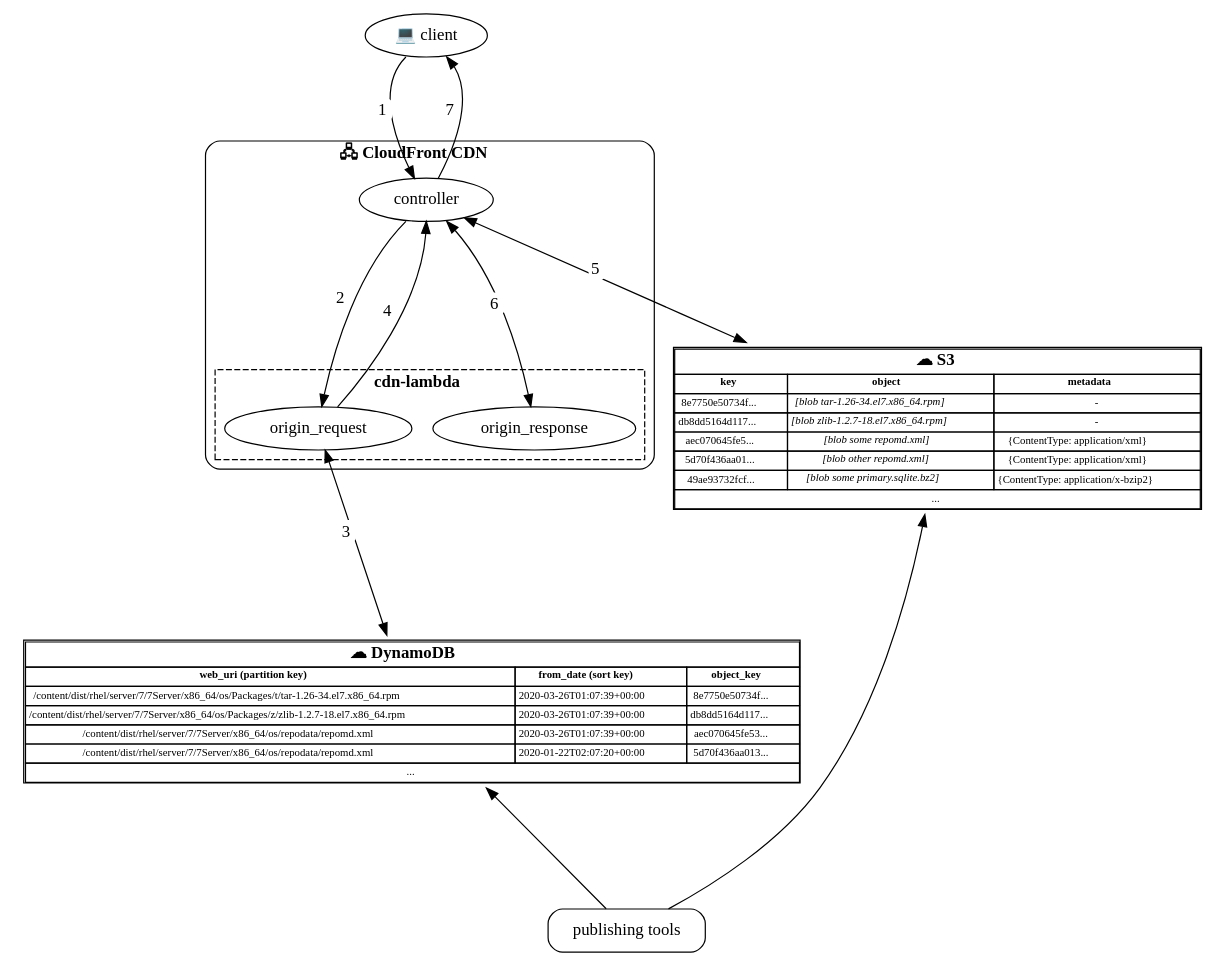
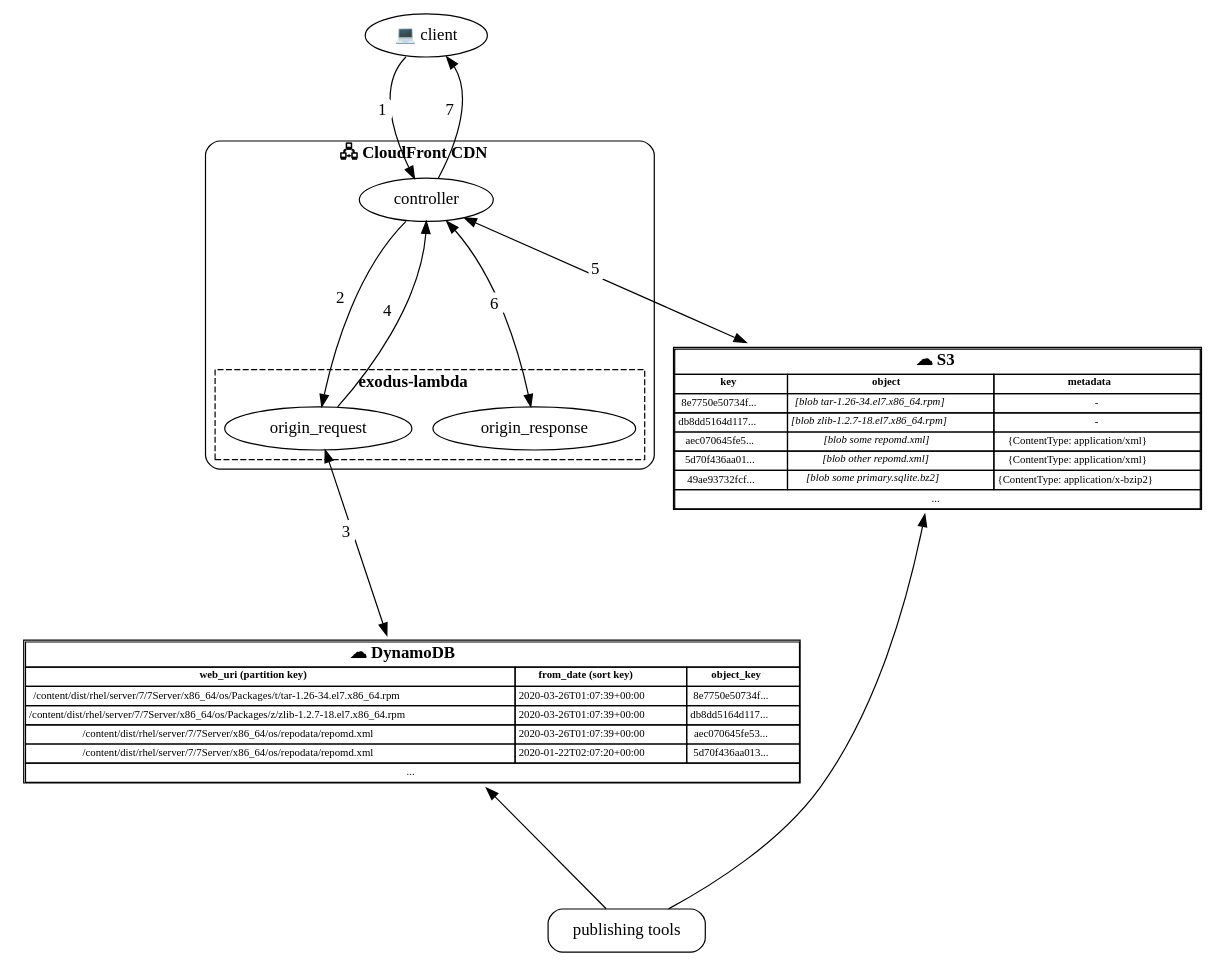
One commit to release-engineering/exodus-lambda changed the diagram in docs/arch.gv. Above: the diagram before and after it, drawn with Graphviz. The commit also changed 6 other files, not shown here.

First line of the commit message:
Rename cdn-lambda => exodus-lambda [1/2]

```diff
--- a/docs/arch.gv
+++ b/docs/arch.gv
@@ -1,139 +1,139 @@
 digraph {
     ranksep="1.4";
 
     # These are arranged and labelled to communicate the
     # sequence of events when a request is processed.
     # Try to keep them in this order.
     client:sw -> controller [
         xlabel=< <table bgcolor="white" border="0" cellborder="0" cellpadding="0" style="rounded"><tr><td>1</td></tr></table> >
     ]
 
     controller:sw -> origin_request [
         xlabel=< <table bgcolor="white" border="0" cellborder="0" cellpadding="0" style="rounded"><tr><td>2</td></tr></table> >
     ]
 
     origin_request -> db [
         xlabel=< <table bgcolor="white" border="0" cellborder="0" cellpadding="0" style="rounded"><tr><td>3</td></tr></table> >,
         dir=both
     ]
 
     origin_request -> controller:s [
         xlabel=< <table bgcolor="white" border="0" cellborder="0" cellpadding="0" style="rounded"><tr><td>4</td></tr></table> >
     ]
 
     controller -> S3 [
         xlabel=< <table bgcolor="white" border="0" cellborder="0" cellpadding="0" style="rounded"><tr><td>5</td></tr></table> >,
         dir=both
     ]
 
     controller:se -> origin_response [
         xlabel=< <table bgcolor="white" border="0" cellborder="0" cellpadding="0" style="rounded"><tr><td>6</td></tr></table> >,
         dir=both
     ]
 
     controller -> client:se [
         xlabel=< <table bgcolor="white" border="0" cellborder="0" cellpadding="0" style="rounded"><tr><td>7</td></tr></table> >
     ]
 
     # publishing tools are mentioned, but do not participate
     # in the request processing.
     # Connection order here is reversed to force the publishing tools to the bottom
     # of the graph, which makes them stand out a bit more.
     S3 -> publish_tools [dir="back"]
     db -> publish_tools [dir="back"]
 
     client [label="💻 client"]
     publish_tools [label="publishing tools", style="rounded", rank="max", shape="box"]
 
     db [
         shape=plaintext
         fontsize=9
         label=<
 
             <table border='1' cellborder='1' cellspacing='0'>
                 <tr><td colspan='3'><font point-size="14"><b>☁ DynamoDB</b></font></td></tr>
                 <tr>
                     <td><b>web_uri (partition key)</b></td>
                     <td><b>from_date (sort key)</b></td>
                     <td><b>object_key</b></td>
                 </tr>
                 <tr>
                     <td>/content/dist/rhel/server/7/7Server/x86_64/os/Packages/t/tar-1.26-34.el7.x86_64.rpm</td>
                     <td>2020-03-26T01:07:39+00:00</td>
                     <td>8e7750e50734f...</td>
                 </tr>
                 <tr>
                     <td>/content/dist/rhel/server/7/7Server/x86_64/os/Packages/z/zlib-1.2.7-18.el7.x86_64.rpm</td>
                     <td>2020-03-26T01:07:39+00:00</td>
                     <td>db8dd5164d117...</td>
                 </tr>
                 <tr>
                     <td>/content/dist/rhel/server/7/7Server/x86_64/os/repodata/repomd.xml</td>
                     <td>2020-03-26T01:07:39+00:00</td>
                     <td>aec070645fe53...</td>
                 </tr>
                 <tr>
                     <td>/content/dist/rhel/server/7/7Server/x86_64/os/repodata/repomd.xml</td>
                     <td>2020-01-22T02:07:20+00:00</td>
                     <td>5d70f436aa013...</td>
                 </tr>
                 <tr><td colspan='3'>...</td></tr>
             </table>
         >
     ];
 
     S3 [
         shape=plaintext
         fontsize=9
         label=<
 
                 <table border='1' cellborder='1' cellspacing='0'>
                     <tr><td colspan='3'><font point-size="14"><b>☁ S3</b></font></td></tr>
                     <tr>
                         <td><b>key</b></td>
                         <td><b>object</b></td>
                         <td><b>metadata</b></td>
                     </tr>
                     <tr>
                         <td>8e7750e50734f...</td>
                         <td><i>[blob tar-1.26-34.el7.x86_64.rpm]</i></td>
                         <td>-</td>
                     </tr>
                     <tr>
                         <td>db8dd5164d117...</td>
                         <td><i>[blob zlib-1.2.7-18.el7.x86_64.rpm]</i></td>
                         <td>-</td>
                     </tr>
                     <tr>
                         <td>aec070645fe5...</td>
                         <td><i>[blob some repomd.xml]</i></td>
                         <td>{ContentType: application/xml}</td>
                     </tr>
                     <tr>
                         <td>5d70f436aa01...</td>
                         <td><i>[blob other repomd.xml]</i></td>
                         <td>{ContentType: application/xml}</td>
                     </tr>
                     <tr>
                         <td>49ae93732fcf...</td>
                         <td><i>[blob some primary.sqlite.bz2]</i></td>
                         <td>{ContentType: application/x-bzip2}</td>
                     </tr>
                     <tr><td colspan='3'>...</td></tr>
                 </table>
         >
     ];
 
     subgraph cluster_0 {
         label=< <b>🖧 CloudFront CDN</b> >
         style="rounded";
         controller;
         subgraph cluster_1 {
-            label=<<b>cdn-lambda</b>>;
+            label=<<b>exodus-lambda</b>>;
             style="dashed";
             rank=same
             origin_request;
             origin_response;
         }
     }
 }
```
